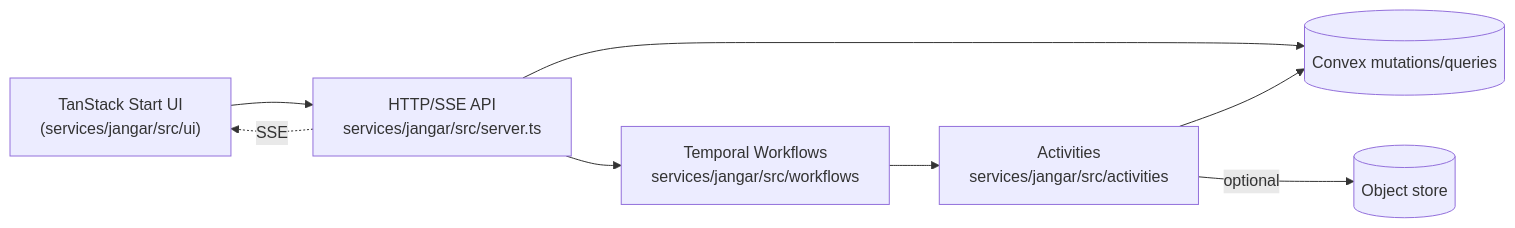
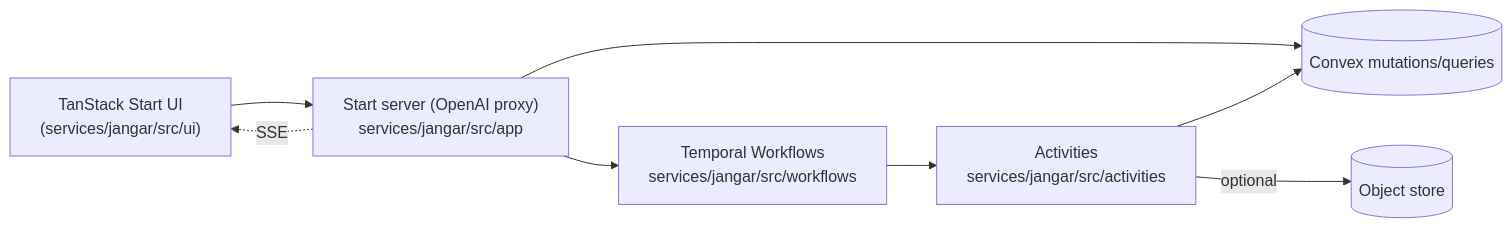
Before and after one commit to proompteng/lab: the third of 3 diagrams in docs/jangar/design.md, drawn with Mermaid. The commit also changed other lines of this file and 2 other files, not shown here.

Commit message:
docs: update jangar persistence docs

````diff
--- a/docs/jangar/design.md
+++ b/docs/jangar/design.md
@@ -155,10 +152,10 @@
     ```mermaid
     flowchart LR
-      UI["TanStack Start UI<br/>(services/jangar/src/ui)"] --> API["HTTP/SSE API<br/>services/jangar/src/server.ts"]
+      UI["TanStack Start UI<br/>(services/jangar/src/ui)"] --> API["Start server (OpenAI proxy)<br/>services/jangar/src/app"]
       API --> CVX[("Convex mutations/queries")]
       API --> Temporal["Temporal Workflows<br/>services/jangar/src/workflows"]
       Temporal --> Activities["Activities<br/>services/jangar/src/activities"]
       Activities --> CVX
       Activities -->|optional| Bucket[("Object store")]
       API -. SSE .-> UI
     ```
````
